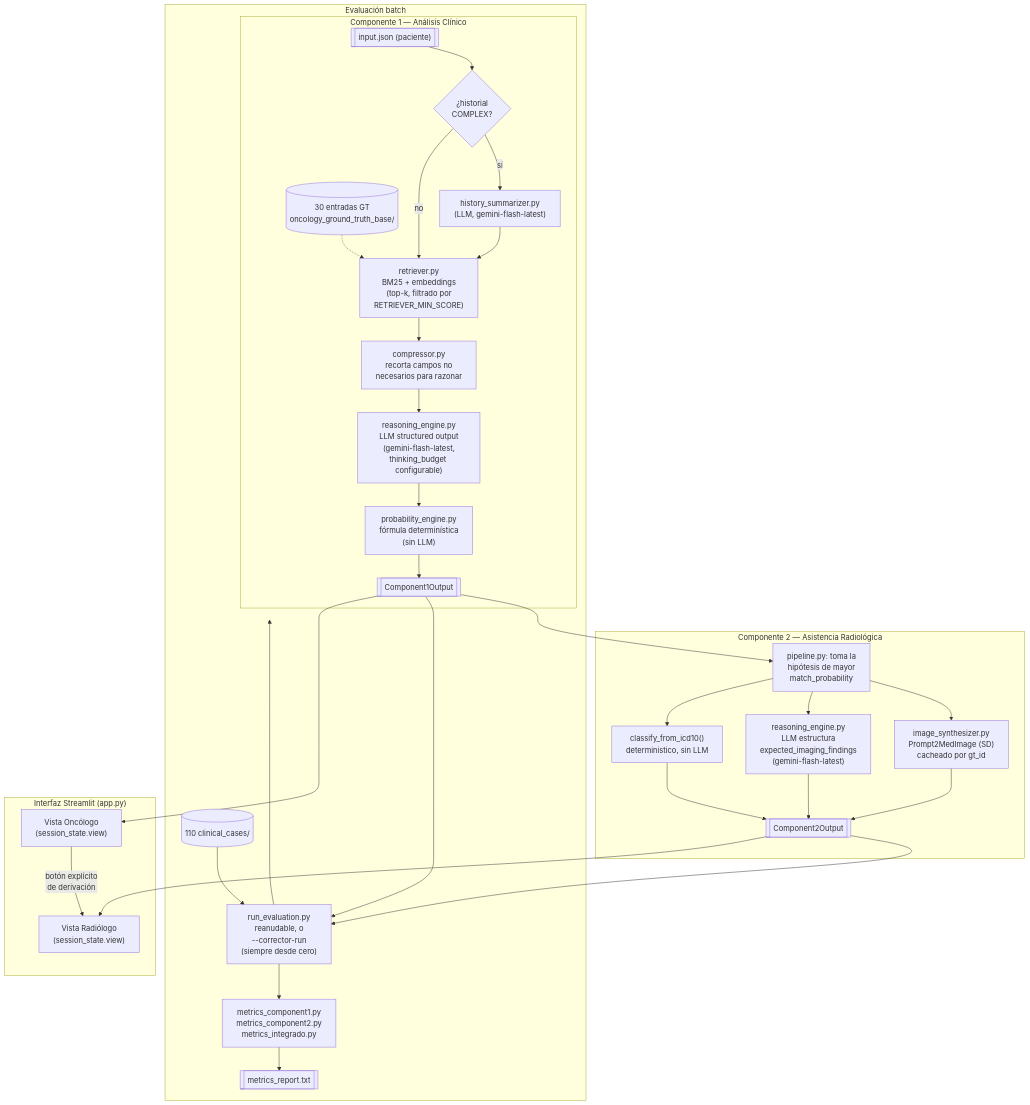
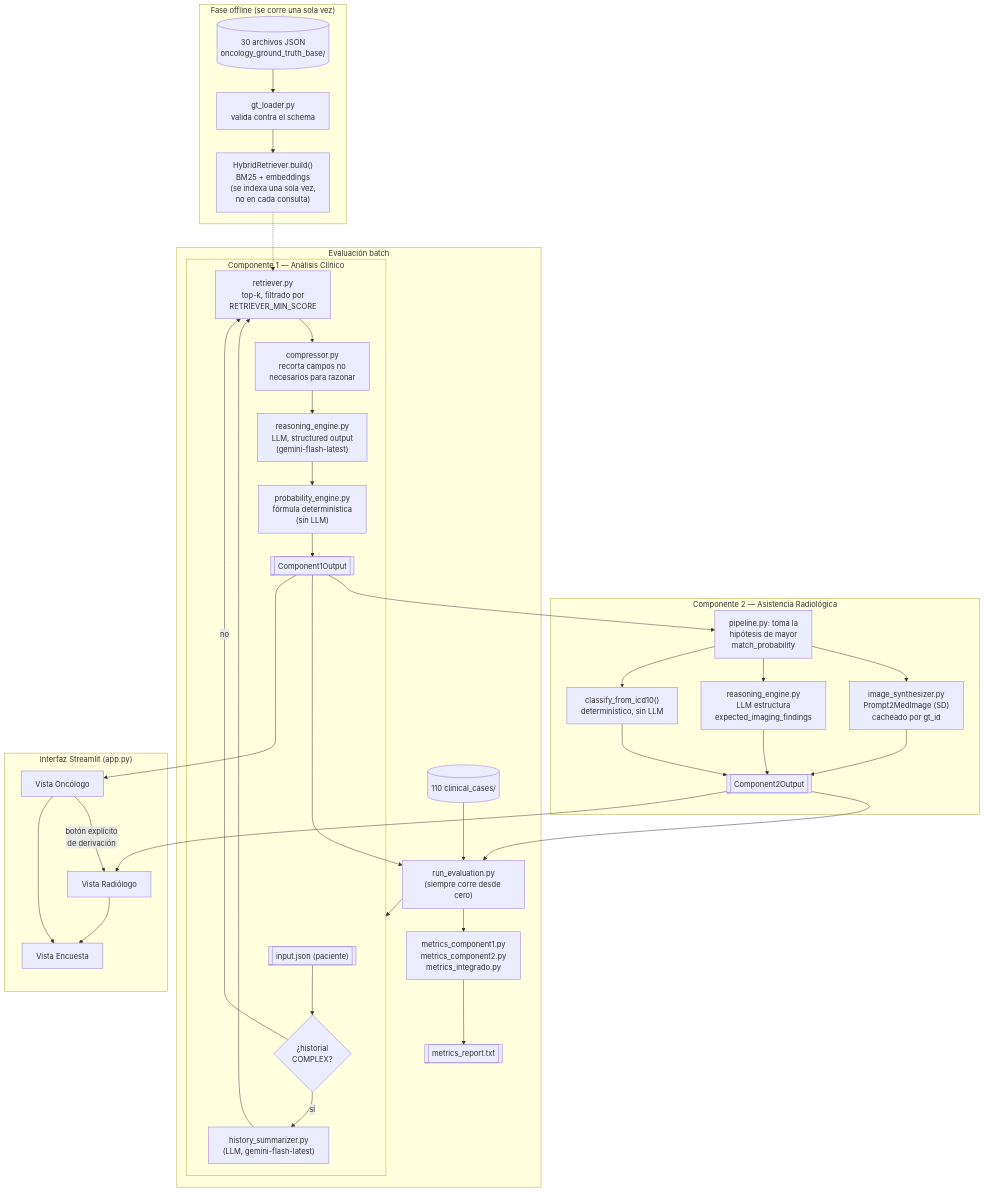
Before and after one commit to valengarcia2/oncobridge-ai-tp-final: the diagram in README.md, drawn with Mermaid. The commit also changed other lines of this file and 1 other file, not shown here.

````diff
--- a/README.md
+++ b/README.md
@@ -26,39 +49,46 @@
 ```mermaid
 flowchart TD
+    subgraph OFFLINE["Fase offline (se corre una sola vez)"]
+        GTFILES[("30 archivos JSON\noncology_ground_truth_base/")] --> LOADER["gt_loader.py\nvalida contra el schema"]
+        LOADER --> BUILD["HybridRetriever.build()\nBM25 + embeddings\n(se indexa una sola vez,\nno en cada consulta)"]
+    end
+
     subgraph C1["Componente 1 — Análisis Clínico"]
         IN1[["input.json (paciente)"]] --> HIST{"¿historial\nCOMPLEX?"}
         HIST -- "sí" --> SUM["history_summarizer.py\n(LLM, gemini-flash-latest)"]
         HIST -- "no" --> RET
-        SUM --> RET["retriever.py\nBM25 + embeddings\n(top-k, filtrado por\nRETRIEVER_MIN_SCORE)"]
-        GT[("30 entradas GT\noncology_ground_truth_base/")] -.-> RET
+        SUM --> RET["retriever.py\ntop-k, filtrado por\nRETRIEVER_MIN_SCORE"]
+        BUILD -.-> RET
         RET --> COMP["compressor.py\nrecorta campos no\nnecesarios para razonar"]
-        COMP --> REASON["reasoning_engine.py\nLLM structured output\n(gemini-flash-latest,\nthinking_budget configurable)"]
+        COMP --> REASON["reasoning_engine.py\nLLM, structured output\n(gemini-flash-latest)"]
         REASON --> PROB["probability_engine.py\nfórmula determinística\n(sin LLM)"]
         PROB --> OUT1[["Component1Output"]]
     end
 
     subgraph C2["Componente 2 — Asistencia Radiológica"]
         OUT1 --> TOP["pipeline.py: toma la\nhipótesis de mayor\nmatch_probability"]
         TOP --> IMG["image_synthesizer.py\nPrompt2MedImage (SD)\ncacheado por gt_id"]
-        TOP --> C2REASON["reasoning_engine.py\nLLM estructura\nexpected_imaging_findings\n(gemini-flash-latest)"]
-        TOP --> ICD["classify_from_icd10()\ndeterministico, sin LLM"]
+        TOP --> C2REASON["reasoning_engine.py\nLLM estructura\nexpected_imaging_findings"]
+        TOP --> ICD["classify_from_icd10()\ndeterminístico, sin LLM"]
         IMG --> OUT2[["Component2Output"]]
         C2REASON --> OUT2
         ICD --> OUT2
     end
 
     subgraph EVAL["Evaluación batch"]
-        CASES[("110 clinical_cases/")] --> RUNEVAL["run_evaluation.py\nreanudable, o\n--corrector-run\n(siempre desde cero)"]
+        CASES[("110 clinical_cases/")] --> RUNEVAL["run_evaluation.py\n(siempre corre desde cero)"]
         RUNEVAL --> C1
         OUT1 --> RUNEVAL
         OUT2 --> RUNEVAL
         RUNEVAL --> METRICS["metrics_component1.py\nmetrics_component2.py\nmetrics_integrado.py"]
         METRICS --> REPORT[["metrics_report.txt"]]
     end
 
     subgraph UI["Interfaz Streamlit (app.py)"]
-        OUT1 --> UIONC["Vista Oncólogo\n(session_state.view)"]
-        UIONC -- "botón explícito\nde derivación" --> UIRAD["Vista Radiólogo\n(session_state.view)"]
+        OUT1 --> UIONC["Vista Oncólogo"]
+        UIONC -- "botón explícito\nde derivación" --> UIRAD["Vista Radiólogo"]
         OUT2 --> UIRAD
+        UIONC --> UIENC["Vista Encuesta"]
+        UIRAD --> UIENC
     end
 ```
````
